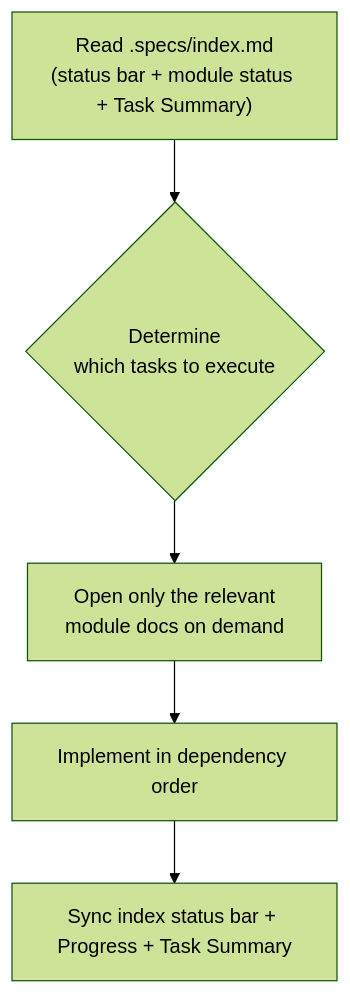
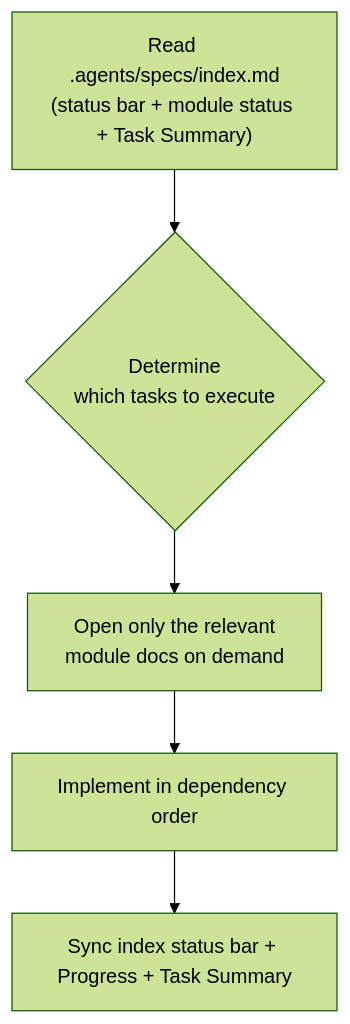
One commit to xypur/specs-workflow changed the diagram in skills/specs-workflow/SKILL.md. Above: the diagram before and after it, drawn with Mermaid (forest theme). The commit also changed other lines of this file and 37 other files, not shown here.

Commit message:
Move spec root from .specs to .agents/specs

````diff
--- a/skills/specs-workflow/SKILL.md
+++ b/skills/specs-workflow/SKILL.md
@@ -21,7 +21,7 @@
 ```mermaid
 flowchart TD
-    A["Read .specs/index.md<br/>(status bar + module status + Task Summary)"] --> B{"Determine<br/>which tasks to execute"}
+    A["Read .agents/specs/index.md<br/>(status bar + module status + Task Summary)"] --> B{"Determine<br/>which tasks to execute"}
     B --> C["Open only the relevant<br/>module docs on demand"]
     C --> D["Implement in dependency order"]
     D --> E["Sync index status bar + Progress + Task Summary"]
 ```
````
